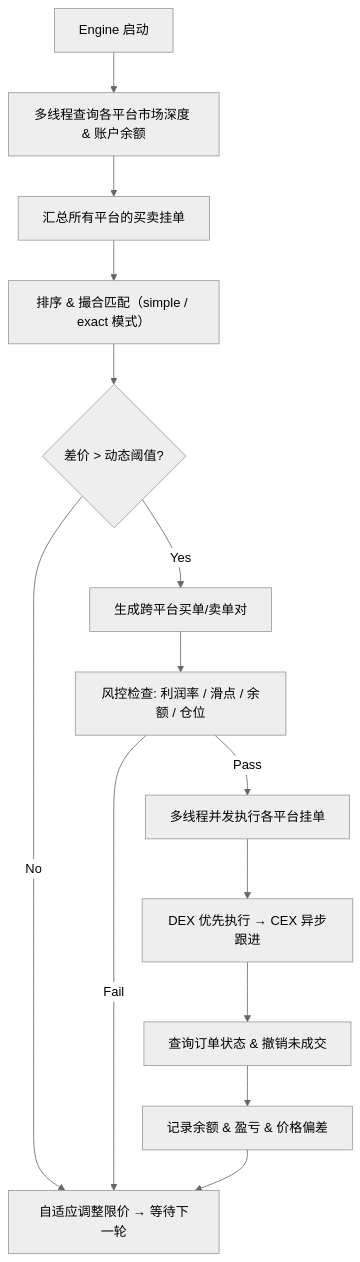
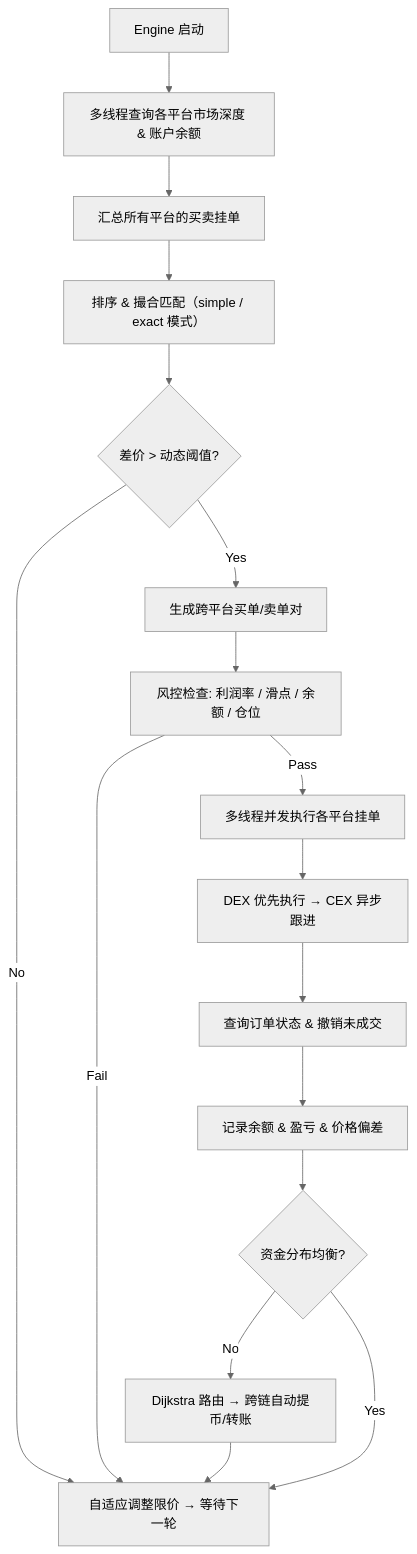
The diagram in README.md (lj92458/trade_ff), drawn with Mermaid (neutral theme) before and after one commit. The commit also changed other lines of this file and 1 other file, not shown here.

````diff
--- a/README.md
+++ b/README.md
@@ -141,16 +163,19 @@
 ```mermaid
 graph TD
     A["Engine 启动"] --> B["多线程查询各平台市场深度 & 账户余额"]
     B --> C["汇总所有平台的买卖挂单"]
     C --> D["排序 & 撮合匹配（simple / exact 模式）"]
     D --> E{"差价 > 动态阈值?"}
     E -->|Yes| F["生成跨平台买单/卖单对"]
     E -->|No| G["自适应调整限价 → 等待下一轮"]
     F --> H["风控检查: 利润率 / 滑点 / 余额 / 仓位"]
     H -->|Pass| I["多线程并发执行各平台挂单"]
     H -->|Fail| G
     I --> J["DEX 优先执行 → CEX 异步跟进"]
     J --> K["查询订单状态 & 撤销未成交"]
     K --> L["记录余额 & 盈亏 & 价格偏差"]
-    L --> G
+    L --> M{"资金分布均衡?"}
+    M -->|No| N["Dijkstra 路由 → 跨链自动提币/转账"]
+    N --> G
+    M -->|Yes| G
 ```
````
